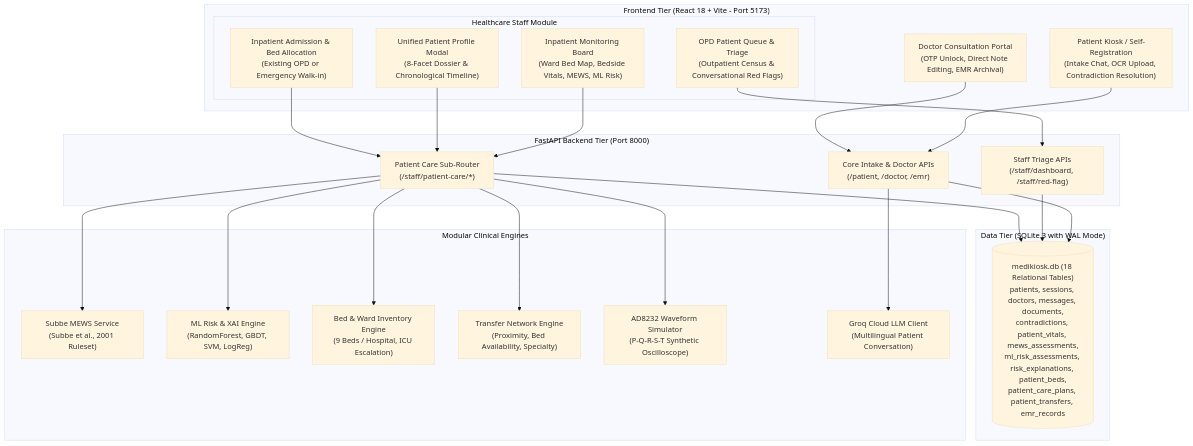
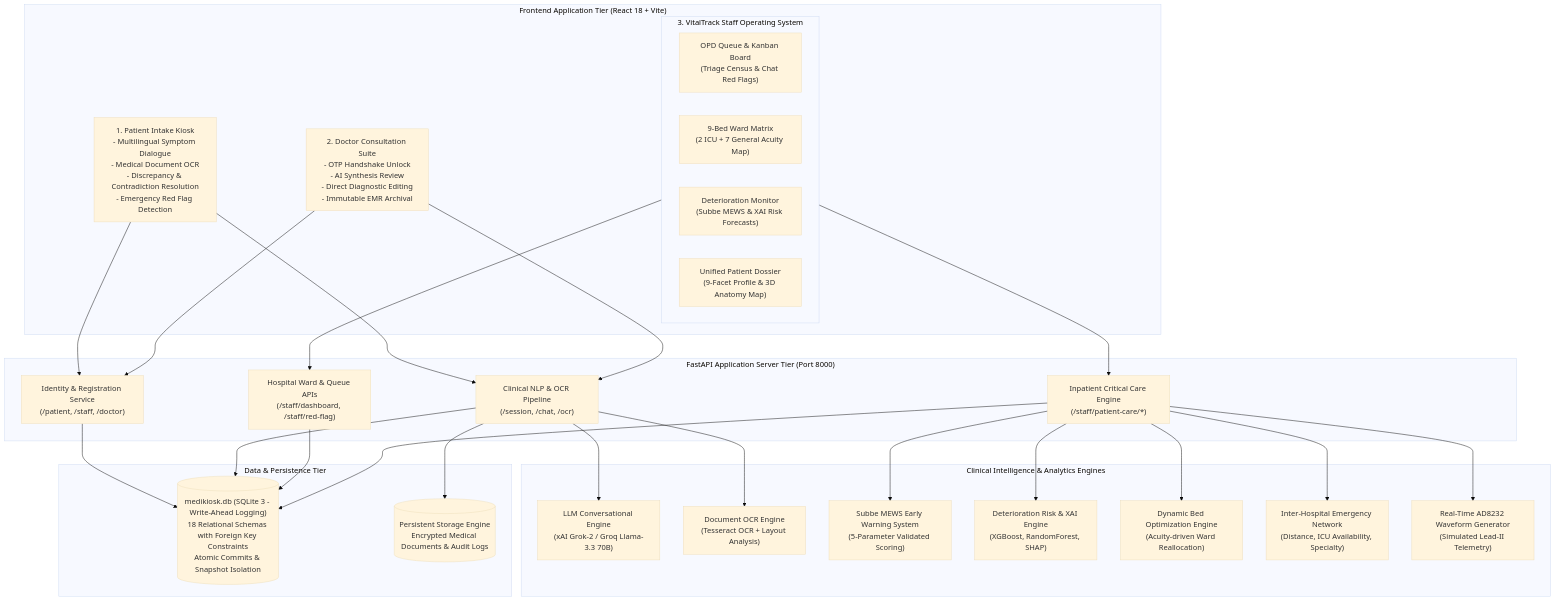
The diagram in README.md (pratham98-max/MediKiosk), drawn with Mermaid (base theme) before and after one commit. The commit also changed other lines of this file, not shown here.

Commit message:
docs: rewrite README as unified single-architecture clinical intelligence platform for hackathon

````diff
--- a/README.md
+++ b/README.md
@@ -26,50 +30,56 @@
 ```mermaid
 flowchart TD
-    subgraph ClientTier["Frontend Tier (React 18 + Vite - Port 5173)"]
-        UI_Kiosk["Patient Kiosk / Self-Registration\n(Intake Chat, OCR Upload, Contradiction Resolution)"]
-        UI_Doctor["Doctor Consultation Portal\n(OTP Unlock, Direct Note Editing, EMR Archival)"]
-        subgraph StaffWorkstation["Healthcare Staff Module"]
-            UI_OPD["OPD Patient Queue & Triage\n(Outpatient Census & Conversational Red Flags)"]
-            UI_Inpatient["Inpatient Monitoring Board\n(Ward Bed Map, Bedside Vitals, MEWS, ML Risk)"]
-            UI_Dossier["Unified Patient Profile Modal\n(8-Facet Dossier & Chronological Timeline)"]
-            UI_Admit["Inpatient Admission & Bed Allocation\n(Existing OPD or Emergency Walk-in)"]
+    subgraph ClientLayer["Frontend Application Tier (React 18 + Vite)"]
+        UI_Kiosk["1. Patient Intake Kiosk\n- Multilingual Symptom Dialogue\n- Medical Document OCR\n- Discrepancy & Contradiction Resolution\n- Emergency Red Flag Detection"]
+        UI_Doctor["2. Doctor Consultation Suite\n- OTP Handshake Unlock\n- AI Synthesis Review\n- Direct Diagnostic Editing\n- Immutable EMR Archival"]
+        subgraph VitalTrack["3. VitalTrack Staff Operating System"]
+            UI_OPD["OPD Queue & Kanban Board\n(Triage Census & Chat Red Flags)"]
+            UI_Beds["9-Bed Ward Matrix\n(2 ICU + 7 General Acuity Map)"]
+            UI_Monitor["Deterioration Monitor\n(Subbe MEWS & XAI Risk Forecasts)"]
+            UI_Dossier["Unified Patient Dossier\n(9-Facet Profile & 3D Anatomy Map)"]
         end
     end
 
-    subgraph APITier["FastAPI Backend Tier (Port 8000)"]
-        R_Core["Core Intake & Doctor APIs\n(/patient, /doctor, /emr)"]
-        R_Staff["Staff Triage APIs\n(/staff/dashboard, /staff/red-flag)"]
-        R_PC["Patient Care Sub-Router\n(/staff/patient-care/*)"]
+    subgraph GatewayLayer["FastAPI Application Server Tier (Port 8000)"]
+        API_Auth["Identity & Registration Service\n(/patient, /staff, /doctor)"]
+        API_Intake["Clinical NLP & OCR Pipeline\n(/session, /chat, /ocr)"]
+        API_Staff["Hospital Ward & Queue APIs\n(/staff/dashboard, /staff/red-flag)"]
+        API_Care["Inpatient Critical Care Engine\n(/staff/patient-care/*)"]
     end
 
-    subgraph ServiceTier["Modular Clinical Engines"]
-        S_MEWS["Subbe MEWS Service\n(Subbe et al., 2001 Ruleset)"]
-        S_ML["ML Risk & XAI Engine\n(RandomForest, GBDT, SVM, LogReg)"]
-        S_Bed["Bed & Ward Inventory Engine\n(9 Beds / Hospital, ICU Escalation)"]
-        S_Transfer["Transfer Network Engine\n(Proximity, Bed Availability, Specialty)"]
-        S_ECG["AD8232 Waveform Simulator\n(P-Q-R-S-T Synthetic Oscilloscope)"]
-        S_Groq["Groq Cloud LLM Client\n(Multilingual Patient Conversation)"]
+    subgraph IntelligenceLayer["Clinical Intelligence & Analytics Engines"]
+        S_LLM["LLM Conversational Engine\n(xAI Grok-2 / Groq Llama-3.3 70B)"]
+        S_OCR["Document OCR Engine\n(Tesseract OCR + Layout Analysis)"]
+        S_MEWS["Subbe MEWS Early Warning System\n(5-Parameter Validated Scoring)"]
+        S_ML["Deterioration Risk & XAI Engine\n(XGBoost, RandomForest, SHAP)"]
+        S_Bed["Dynamic Bed Optimization Engine\n(Acuity-driven Ward Reallocation)"]
+        S_Transfer["Inter-Hospital Emergency Network\n(Distance, ICU Availability, Specialty)"]
+        S_ECG["Real-Time AD8232 Waveform Generator\n(Simulated Lead-II Telemetry)"]
     end
 
-    subgraph DataTier["Data Tier (SQLite 3 with WAL Mode)"]
-        DB[("medikiosk.db (18 Relational Tables)\npatients, sessions, doctors, messages, documents,\ncontradictions, patient_vitals, mews_assessments,\nml_risk_assessments, risk_explanations, patient_beds,\npatient_care_plans, patient_transfers, emr_records")]
+    subgraph StorageLayer["Data & Persistence Tier"]
+        DB[("medikiosk.db (SQLite 3 - Write-Ahead Logging)\n18 Relational Schemas with Foreign Key Constraints\nAtomic Commits & Snapshot Isolation")]
+        DocsStorage[("Persistent Storage Engine\nEncrypted Medical Documents & Audit Logs")]
     end
 
-    UI_Kiosk --> R_Core
-    UI_Doctor --> R_Core
-    UI_OPD --> R_Staff
-    UI_Inpatient --> R_PC
-    UI_Dossier --> R_PC
-    UI_Admit --> R_PC
+    UI_Kiosk --> API_Auth
+    UI_Kiosk --> API_Intake
+    UI_Doctor --> API_Auth
+    UI_Doctor --> API_Intake
+    VitalTrack --> API_Staff
+    VitalTrack --> API_Care
 
-    R_Core --> S_Groq
-    R_Core --> DB
-    R_Staff --> DB
+    API_Intake --> S_LLM
+    API_Intake --> S_OCR
+    API_Care --> S_MEWS
+    API_Care --> S_ML
+    API_Care --> S_Bed
+    API_Care --> S_Transfer
+    API_Care --> S_ECG
 
-    R_PC --> S_MEWS
-    R_PC --> S_ML
-    R_PC --> S_Bed
-    R_PC --> S_Transfer
-    R_PC --> S_ECG
-    R_PC --> DB
+    API_Auth --> DB
+    API_Intake --> DB
+    API_Intake --> DocsStorage
+    API_Staff --> DB
+    API_Care --> DB
 ```
````
